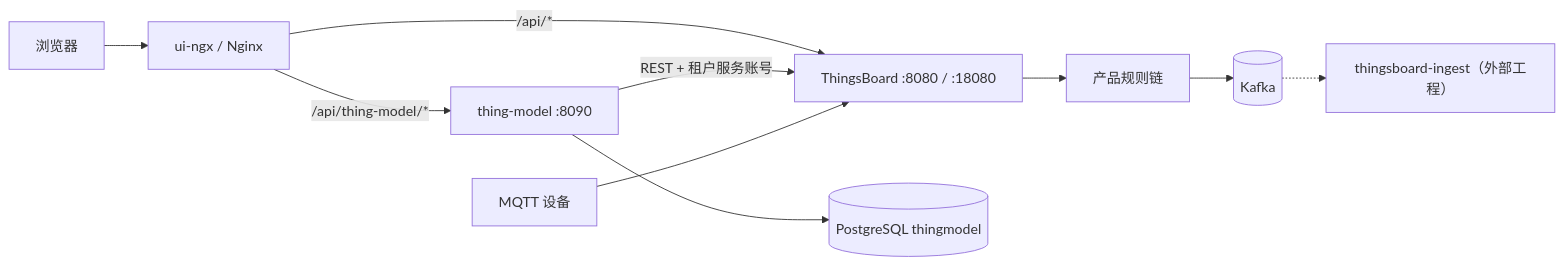
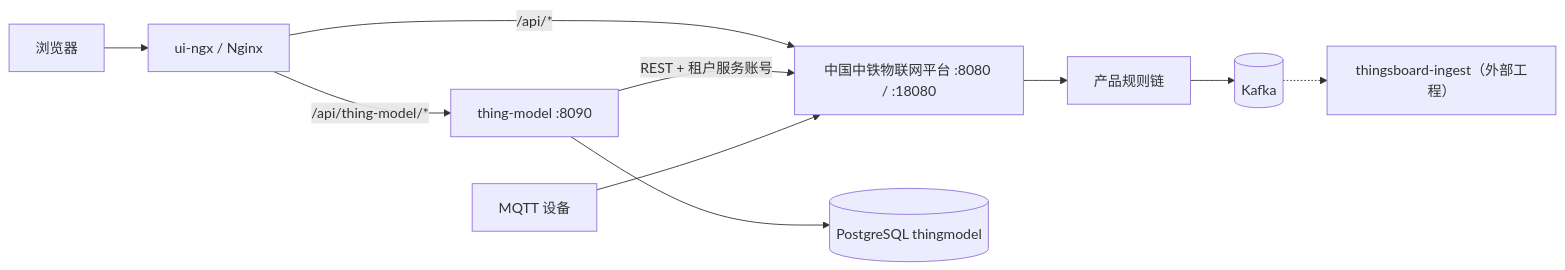
One commit to beancookie/thingsboard changed the diagram in docs/02-架构与数据模型.md. Above: the diagram before and after it, drawn with Mermaid. The commit also changed other lines of this file and 81 other files, not shown here.

````diff
--- a/docs/02-架构与数据模型.md
+++ b/docs/02-架构与数据模型.md
@@ -7,12 +7,12 @@
 ```mermaid
 flowchart LR
   B["浏览器"] --> UI["ui-ngx / Nginx"]
   UI -->|"/api/thing-model/*"| TM["thing-model :8090"]
-  UI -->|"/api/*"| TB["ThingsBoard :8080 / :18080"]
+  UI -->|"/api/*"| TB["中国中铁物联网平台 :8080 / :18080"]
   TM -->|"REST + 租户服务账号"| TB
   TM --> PG[("PostgreSQL thingmodel")]
   TB --> RC["产品规则链"]
   RC --> K[("Kafka")]
   K -.-> ING["thingsboard-ingest（外部工程）"]
   DEV["MQTT 设备"] --> TB
 ```
````
